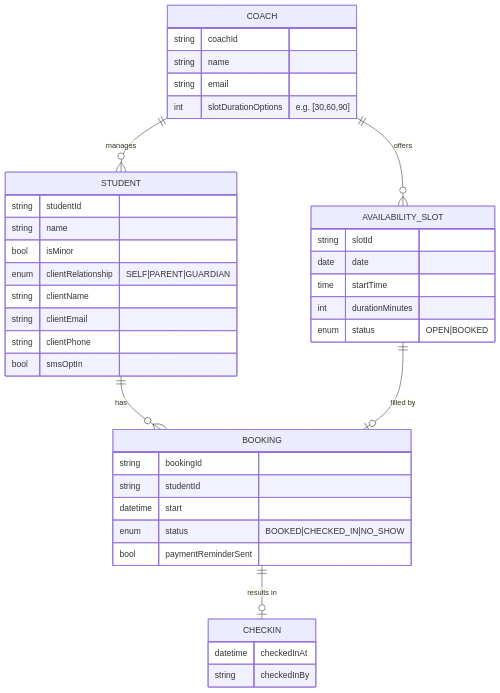
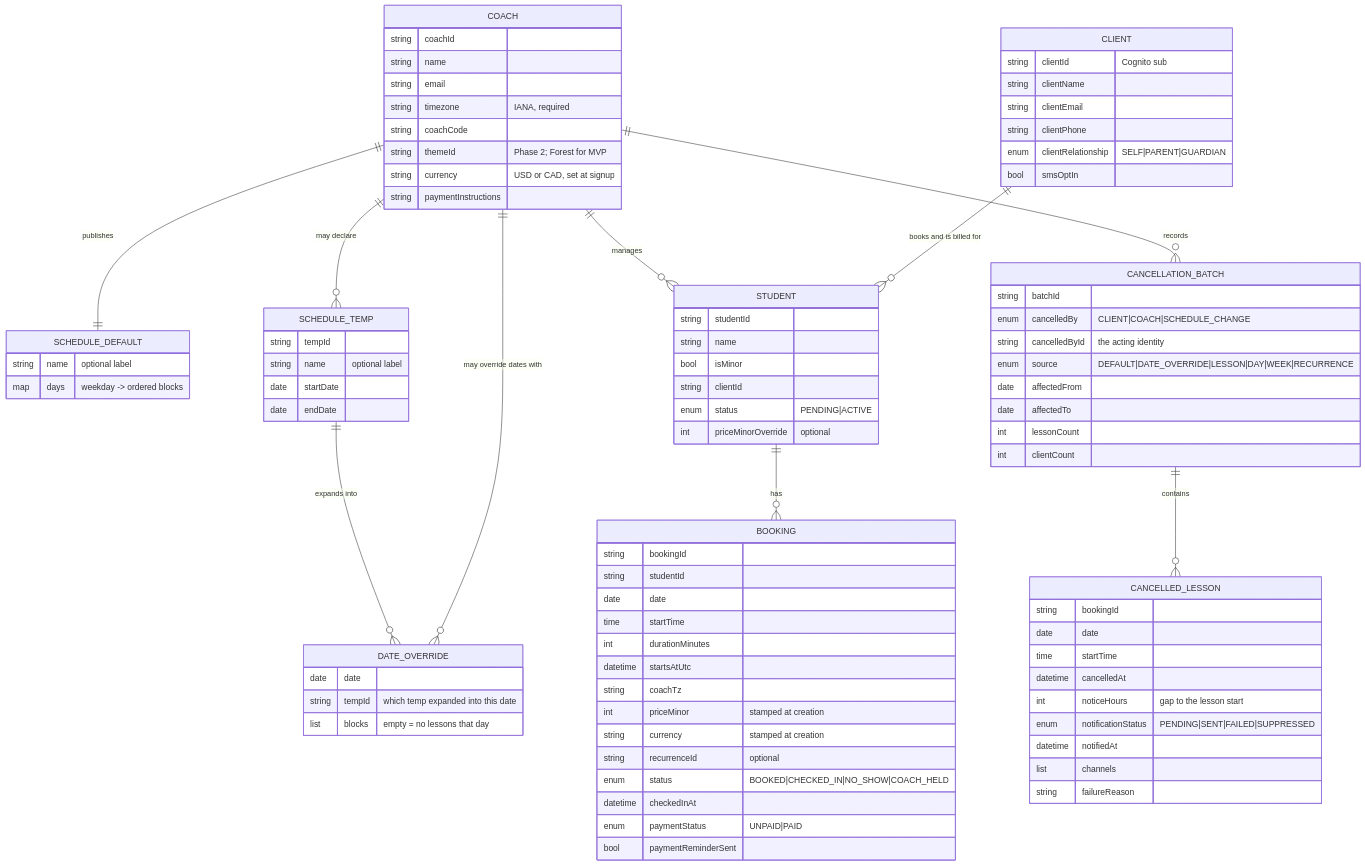
Before and after one commit to jessicamvega6/bladebook: the second of 7 diagrams in docs/architecture.md, drawn with Mermaid. The commit also changed other lines of this file, not shown here.

````diff
--- a/docs/architecture.md
+++ b/docs/architecture.md
@@ -131,43 +146,91 @@
 ```mermaid
 erDiagram
+    COACH ||--|| SCHEDULE_DEFAULT : "publishes"
+    COACH ||--o{ SCHEDULE_TEMP : "may declare"
+    SCHEDULE_TEMP ||--o{ DATE_OVERRIDE : "expands into"
+    COACH ||--o{ DATE_OVERRIDE : "may override dates with"
     COACH ||--o{ STUDENT : manages
-    COACH ||--o{ AVAILABILITY_SLOT : offers
+    COACH ||--o{ CANCELLATION_BATCH : "records"
+    CLIENT ||--o{ STUDENT : "books and is billed for"
     STUDENT ||--o{ BOOKING : "has"
-    AVAILABILITY_SLOT ||--o| BOOKING : "filled by"
-    BOOKING ||--o| CHECKIN : "results in"
+    CANCELLATION_BATCH ||--o{ CANCELLED_LESSON : contains
 
     COACH {
         string coachId
         string name
         string email
-        int slotDurationOptions "e.g. [30,60,90]"
+        string timezone "IANA, required"
+        string coachCode
+        string themeId "Phase 2; Forest for MVP"
+        string currency "USD or CAD, set at signup"
+        string paymentInstructions
+    }
+    SCHEDULE_DEFAULT {
+        string name "optional label"
+        map days "weekday -> ordered blocks"
+    }
+    SCHEDULE_TEMP {
+        string tempId
+        string name "optional label"
+        date   startDate
+        date   endDate
+    }
+    DATE_OVERRIDE {
+        date   date
+        string tempId "which temp expanded into this date"
+        list   blocks "empty = no lessons that day"
+    }
+    CLIENT {
+        string clientId "Cognito sub"
+        string clientName
+        string clientEmail
+        string clientPhone
+        enum   clientRelationship "SELF|PARENT|GUARDIAN"
+        bool   smsOptIn
     }
     STUDENT {
         string studentId
         string name
         bool   isMinor
-        enum   clientRelationship "SELF|PARENT|GUARDIAN"
-        string clientName
-        string clientEmail
-        string clientPhone
-        bool smsOptIn
-    }
-    AVAILABILITY_SLOT {
-        string slotId
-        date   date
-        time   startTime
-        int    durationMinutes
-        enum   status "OPEN|BOOKED"
+        string clientId
+        enum   status "PENDING|ACTIVE"
+        int    priceMinorOverride "optional"
     }
     BOOKING {
         string bookingId
         string studentId
-        datetime start
-        enum   status "BOOKED|CHECKED_IN|NO_SHOW"
+        date   date
+        time   startTime
+        int    durationMinutes
+        datetime startsAtUtc
+        string coachTz
+        int    priceMinor "stamped at creation"
+        string currency "stamped at creation"
+        string recurrenceId "optional"
+        enum   status "BOOKED|CHECKED_IN|NO_SHOW|COACH_HELD"
+        datetime checkedInAt
+        enum   paymentStatus "UNPAID|PAID"
         bool   paymentReminderSent
     }
-    CHECKIN {
-        datetime checkedInAt
-        string checkedInBy
+    CANCELLATION_BATCH {
+        string batchId
+        enum   cancelledBy "CLIENT|COACH|SCHEDULE_CHANGE"
+        string cancelledById "the acting identity"
+        enum   source "DEFAULT|DATE_OVERRIDE|LESSON|DAY|WEEK|RECURRENCE"
+        date   affectedFrom
+        date   affectedTo
+        int    lessonCount
+        int    clientCount
+    }
+    CANCELLED_LESSON {
+        string bookingId
+        date   date
+        time   startTime
+        datetime cancelledAt
+        int    noticeHours "gap to the lesson start"
+        enum   notificationStatus "PENDING|SENT|FAILED|SUPPRESSED"
+        datetime notifiedAt
+        list   channels
+        string failureReason
     }
 ```
````
